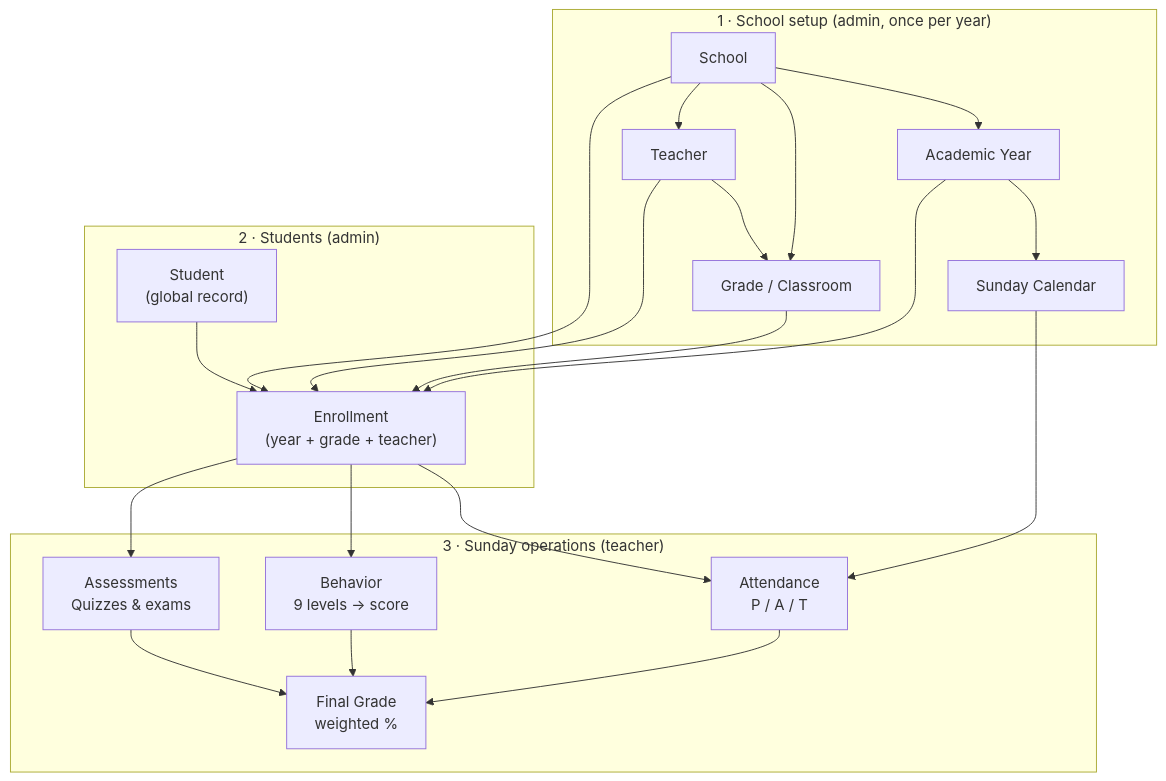
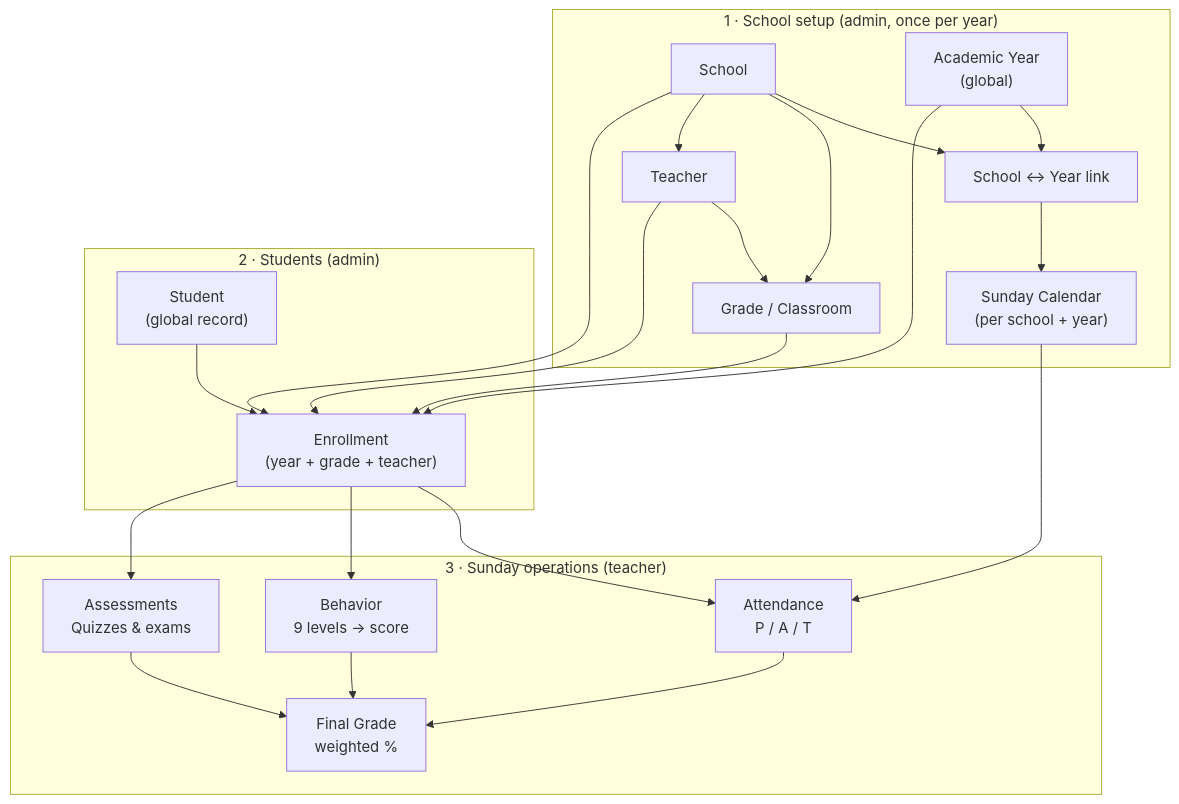
One commit to danish-projects/fwis changed the first of 3 diagrams in docs/LEADERSHIP_DEMO.md. Above: the diagram before and after it, drawn with Mermaid. The commit also changed other lines of this file and 264 other files, not shown here.

````diff
--- a/docs/LEADERSHIP_DEMO.md
+++ b/docs/LEADERSHIP_DEMO.md
@@ -37,42 +38,44 @@
 ```mermaid
 flowchart TB
   subgraph setup["1 · School setup (admin, once per year)"]
     School["School"]
-    Year["Academic Year"]
-    Calendar["Sunday Calendar"]
+    Year["Academic Year\n(global)"]
+    SchoolYear["School ↔ Year link"]
+    Calendar["Sunday Calendar\n(per school + year)"]
     Grade["Grade / Classroom"]
     Teacher["Teacher"]
 
-    School --> Year
-    Year --> Calendar
+    School --> SchoolYear
+    Year --> SchoolYear
+    SchoolYear --> Calendar
     School --> Grade
     School --> Teacher
     Teacher --> Grade
   end
 
   subgraph people["2 · Students (admin)"]
     Student["Student\n(global record)"]
     Enroll["Enrollment\n(year + grade + teacher)"]
 
     Student --> Enroll
     School --> Enroll
     Year --> Enroll
     Grade --> Enroll
     Teacher --> Enroll
   end
 
   subgraph sunday["3 · Sunday operations (teacher)"]
     Attend["Attendance\nP / A / T"]
     Behavior["Behavior\n9 levels → score"]
     Assess["Assessments\nQuizzes & exams"]
     Final["Final Grade\nweighted %"]
 
     Enroll --> Attend
     Enroll --> Behavior
     Enroll --> Assess
     Calendar --> Attend
     Attend --> Final
     Behavior --> Final
     Assess --> Final
   end
 ```
````
